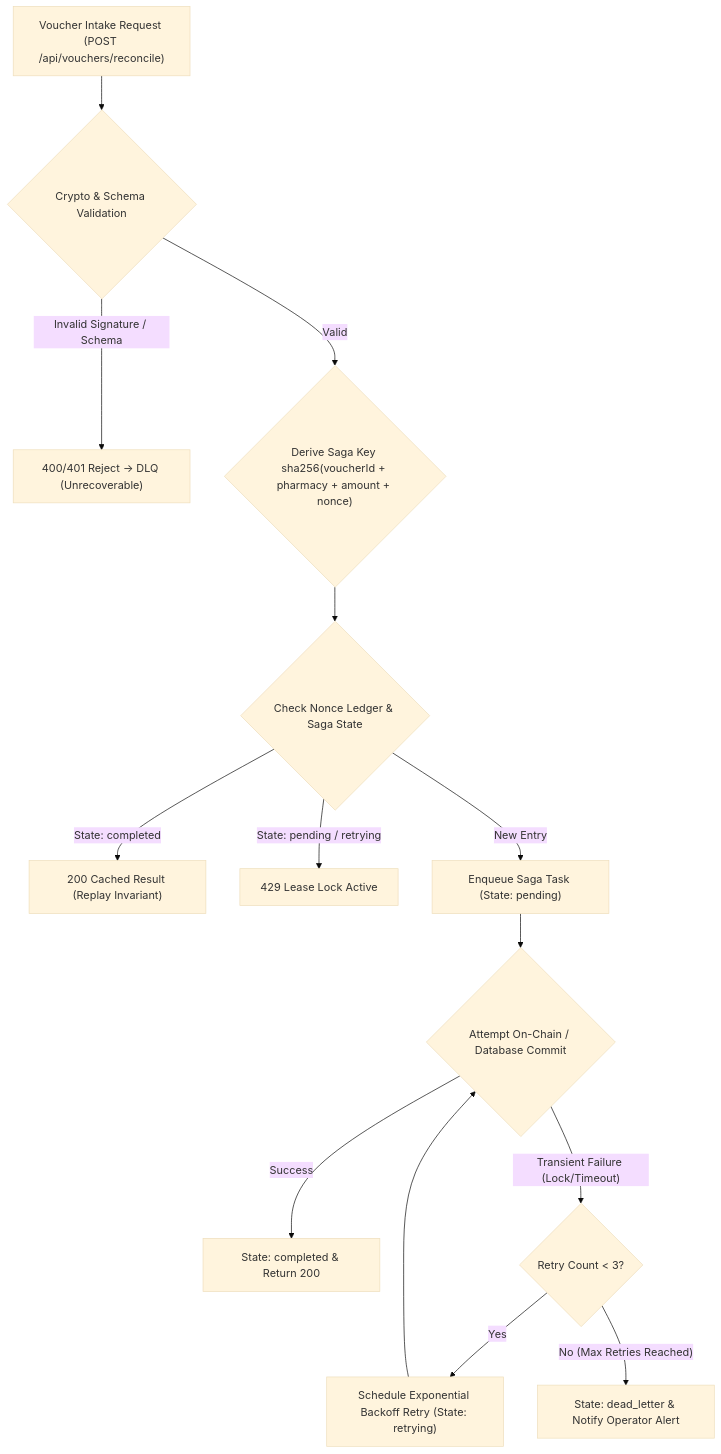
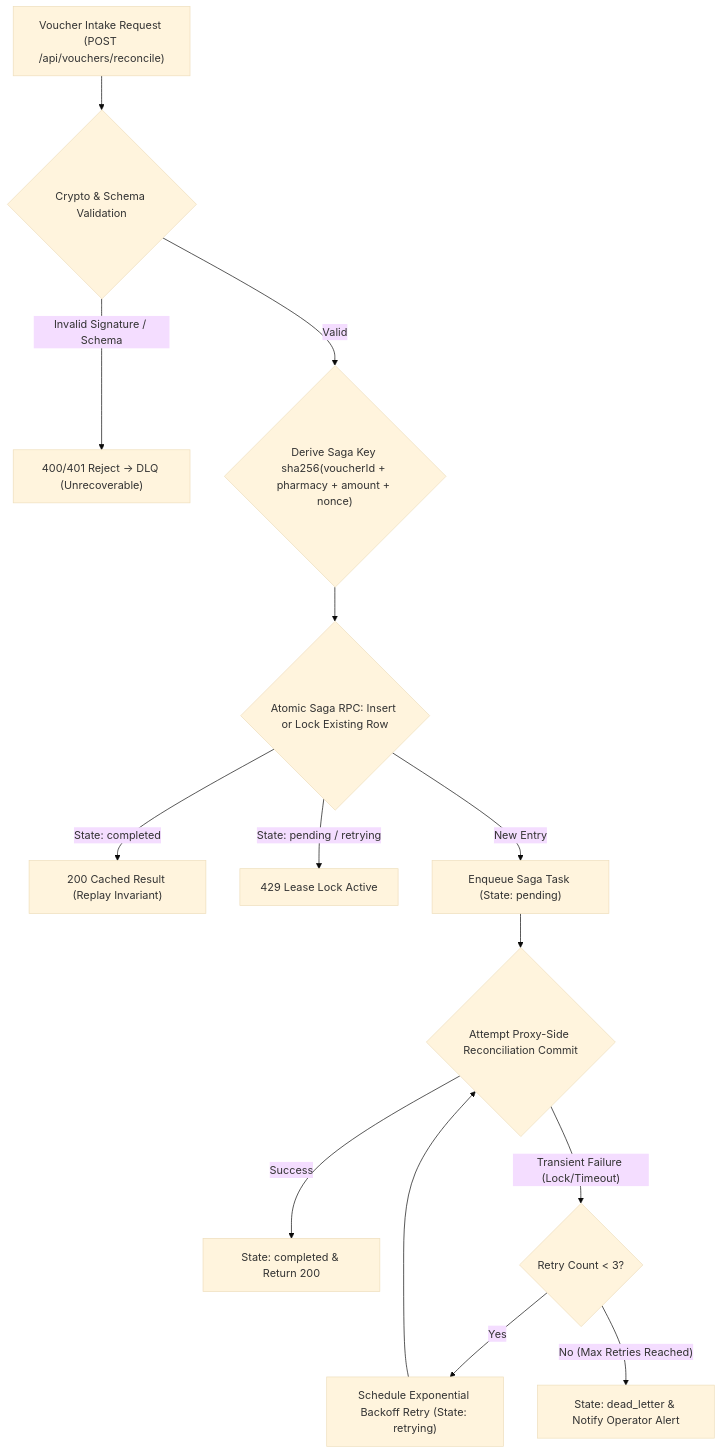
One commit to Simultech369/Pharmacy-Fiduciary-Commons changed the diagram in docs/plans/durable_voucher_saga_queue_plan.md. Above: the diagram before and after it, drawn with Mermaid (base theme). The commit also changed other lines of this file and 13 other files, not shown here.

Commit message:
feat(proxy): implement Phase 4 durable voucher settlement saga queue and RLS policies

````diff
--- a/docs/plans/durable_voucher_saga_queue_plan.md
+++ b/docs/plans/durable_voucher_saga_queue_plan.md
@@ -19,16 +21,16 @@
 ```mermaid
 flowchart TD
     A["Voucher Intake Request (POST /api/vouchers/reconcile)"] --> B{"Crypto & Schema Validation"}
     B -- Invalid Signature / Schema --> C["400/401 Reject -> DLQ (Unrecoverable)"]
     B -- Valid --> D{"Derive Saga Key sha256(voucherId + pharmacy + amount + nonce)"}
-    D --> E{"Check Nonce Ledger & Saga State"}
+    D --> E{"Atomic Saga RPC: Insert or Lock Existing Row"}
     E -- State: completed --> F["200 Cached Result (Replay Invariant)"]
     E -- State: pending / retrying --> G["429 Lease Lock Active"]
     E -- New Entry --> H["Enqueue Saga Task (State: pending)"]
-    H --> I{"Attempt On-Chain / Database Commit"}
+    H --> I{"Attempt Proxy-Side Reconciliation Commit"}
     I -- Success --> J["State: completed & Return 200"]
     I -- Transient Failure (Lock/Timeout) --> K{"Retry Count < 3?"}
     K -- Yes --> L["Schedule Exponential Backoff Retry (State: retrying)"]
     L --> I
     K -- No (Max Retries Reached) --> M["State: dead_letter & Notify Operator Alert"]
 ```
````
